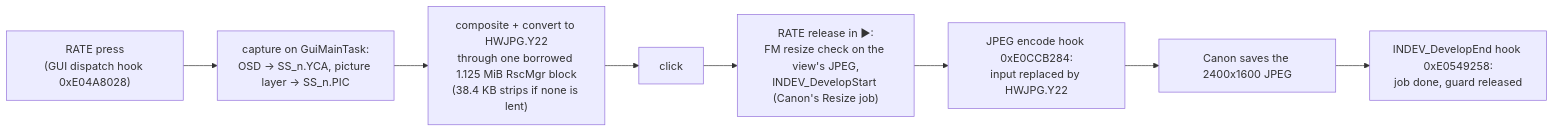
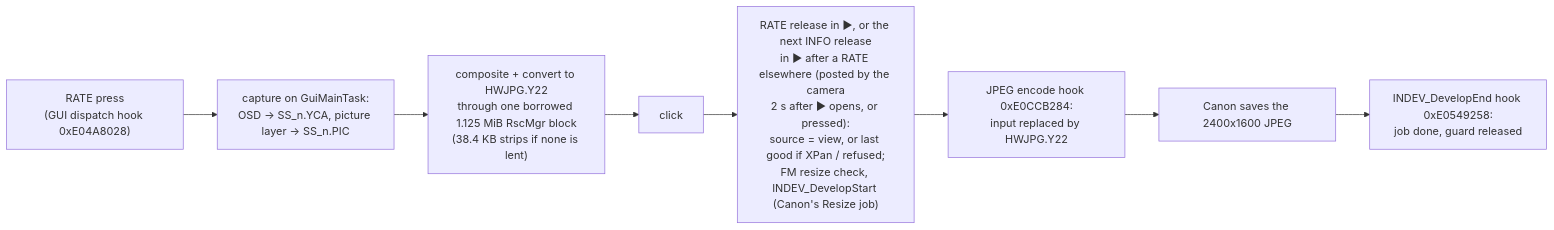
The diagram in docs/screenshot.md (WhiteAvocad0/canon-r5-mod), drawn with Mermaid before and after one commit. The commit also changed other lines of this file and 19 other files, not shown here.

````diff
--- a/docs/screenshot.md
+++ b/docs/screenshot.md
@@ -59,10 +81,10 @@
 ```mermaid
 flowchart LR
     Rate["RATE press<br/>(GUI dispatch hook 0xE04A8028)"] --> Cap["capture on GuiMainTask:<br/>OSD -> SS_n.YCA, picture layer -> SS_n.PIC"]
     Cap --> Y22["composite + convert to HWJPG.Y22<br/>through one borrowed 1.125 MiB RscMgr block<br/>(38.4 KB strips if none is lent)"]
     Y22 --> Click["click"]
-    Click --> Release["RATE release in ▶:<br/>FM resize check on the view's JPEG,<br/>INDEV_DevelopStart (Canon's Resize job)"]
+    Click --> Release["RATE release in ▶, or the next INFO release<br/>in ▶ after a RATE elsewhere (posted by the camera<br/>2 s after ▶ opens, or pressed):<br/>source = view, or last good if XPan / refused;<br/>FM resize check, INDEV_DevelopStart (Canon's Resize job)"]
     Release --> Enc["JPEG encode hook 0xE0CCB284:<br/>input replaced by HWJPG.Y22"]
     Enc --> Save["Canon saves the 2400x1600 JPEG"]
     Save --> End["INDEV_DevelopEnd hook 0xE0549258:<br/>job done, guard released"]
 ```
````
